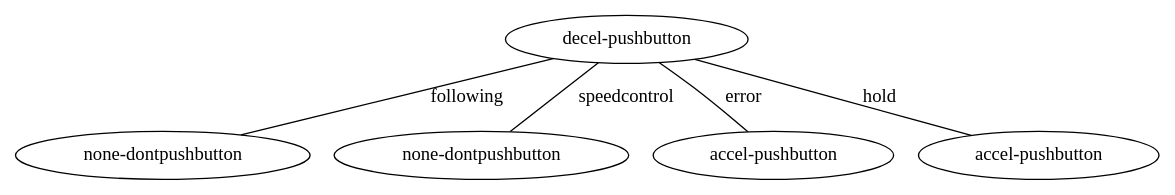
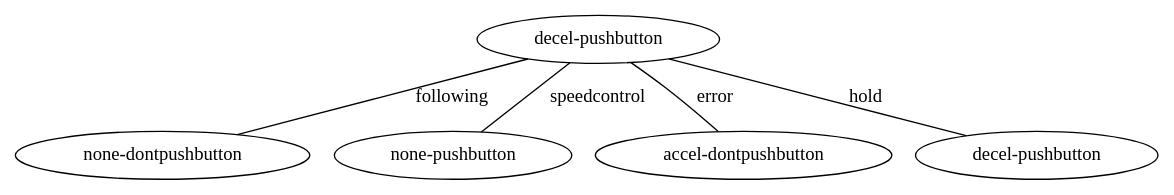
Before and after one commit to AlyssaLytle/DecPOMDP_Suite: the diagram in MADPtools/htree.dot, drawn with Graphviz. The commit also changed 95 other files, not shown here.

```diff
--- a/MADPtools/htree.dot
+++ b/MADPtools/htree.dot
@@ -1,12 +1,12 @@
 digraph human_tree {
 edge [dir=none];
 node0 [ label = "decel-pushbutton" ];
 node1 [ label = "none-dontpushbutton" ];
-node2 [ label = "none-dontpushbutton" ];
-node3 [ label = "accel-pushbutton" ];
-node4 [ label = "accel-pushbutton" ];
+node2 [ label = "none-pushbutton" ];
+node3 [ label = "accel-dontpushbutton" ];
+node4 [ label = "decel-pushbutton" ];
 node0 -> node1 [label="following"];
 node0 -> node2 [label="speedcontrol"];
 node0 -> node3 [label="error"];
 node0 -> node4 [label="hold"];
 }
```
